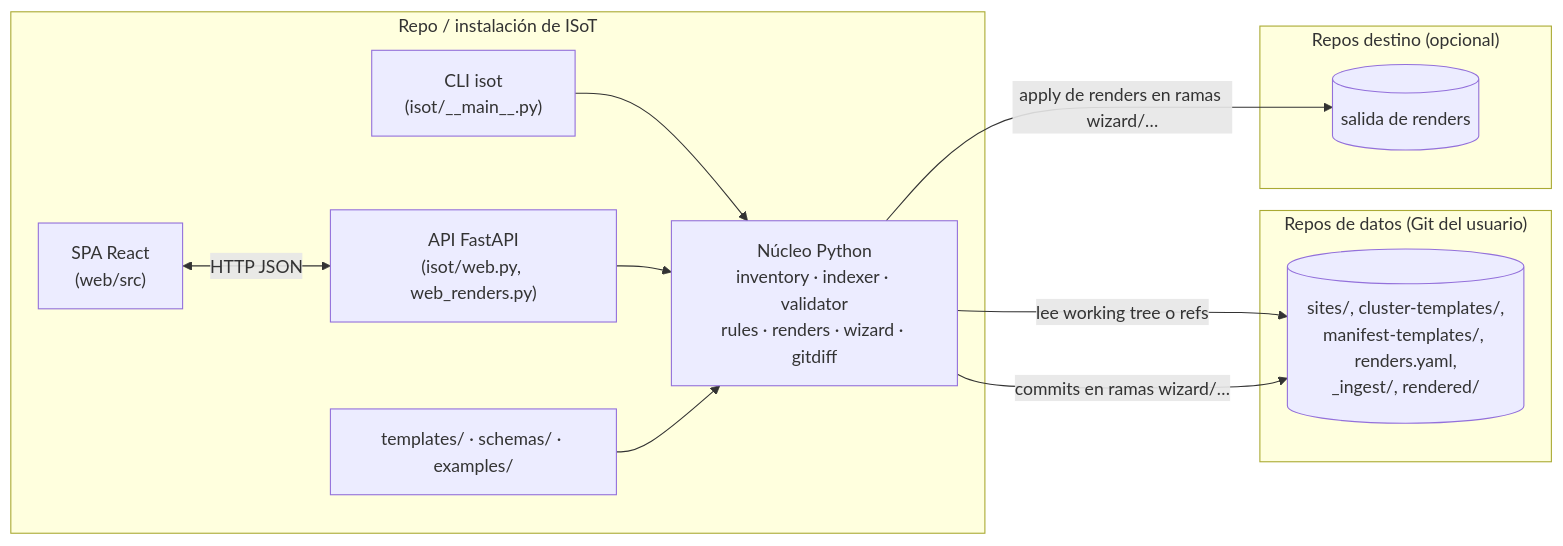
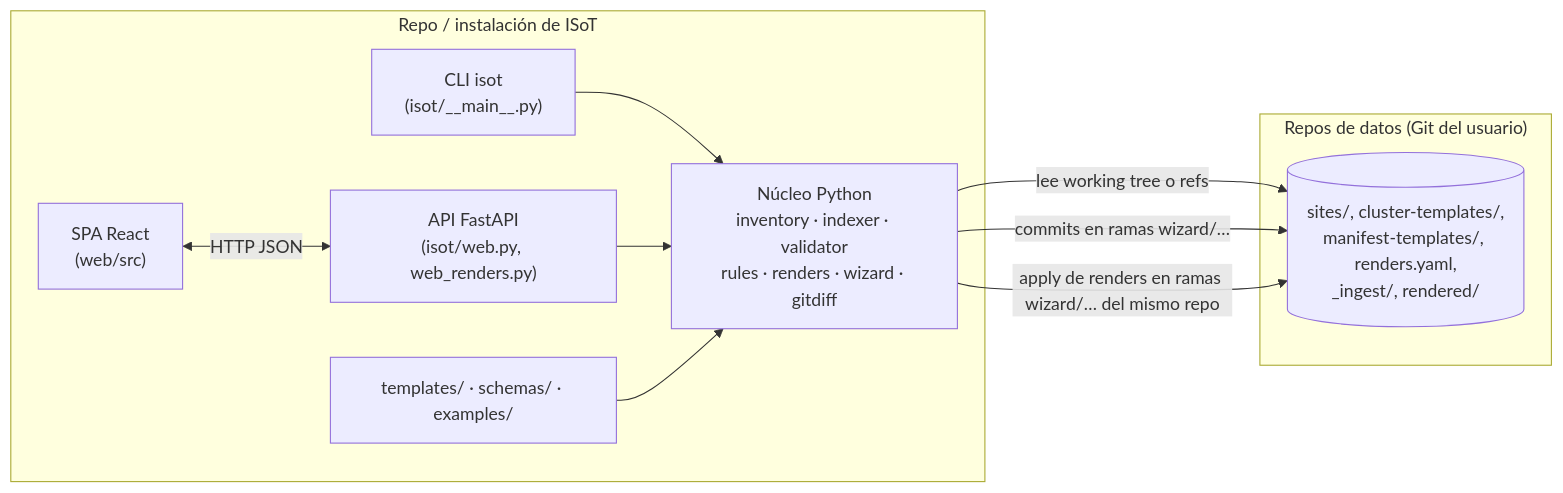
Before and after one commit to ghormazabal/ISOT: the diagram in docs/dev/ARCHITECTURE.md, drawn with Mermaid. The commit also changed other lines of this file and 25 other files, not shown here.

First line of the commit message:
Renders: un solo repositorio — quitar repos destino (target_repos/targets)

````diff
--- a/docs/dev/ARCHITECTURE.md
+++ b/docs/dev/ARCHITECTURE.md
@@ -10,23 +10,20 @@
 ```mermaid
 flowchart LR
   subgraph tool["Repo / instalación de ISoT"]
     cli["CLI isot<br/>(isot/__main__.py)"]
     api["API FastAPI<br/>(isot/web.py, web_renders.py)"]
     core["Núcleo Python<br/>inventory · indexer · validator<br/>rules · renders · wizard · gitdiff"]
     ui["SPA React<br/>(web/src)"]
     lib["templates/ · schemas/ · examples/"]
     cli --> core
     api --> core
     ui <-->|HTTP JSON| api
     lib --> core
   end
   subgraph data["Repos de datos (Git del usuario)"]
     repo[("sites/, cluster-templates/,<br/>manifest-templates/, renders.yaml,<br/>_ingest/, rendered/")]
   end
-  subgraph target["Repos destino (opcional)"]
-    gitops[("salida de renders")]
-  end
   core -->|lee working tree o refs| repo
   core -->|commits en ramas wizard/…| repo
-  core -->|apply de renders en ramas wizard/…| gitops
+  core -->|apply de renders en ramas wizard/… del mismo repo| repo
 ```
````
